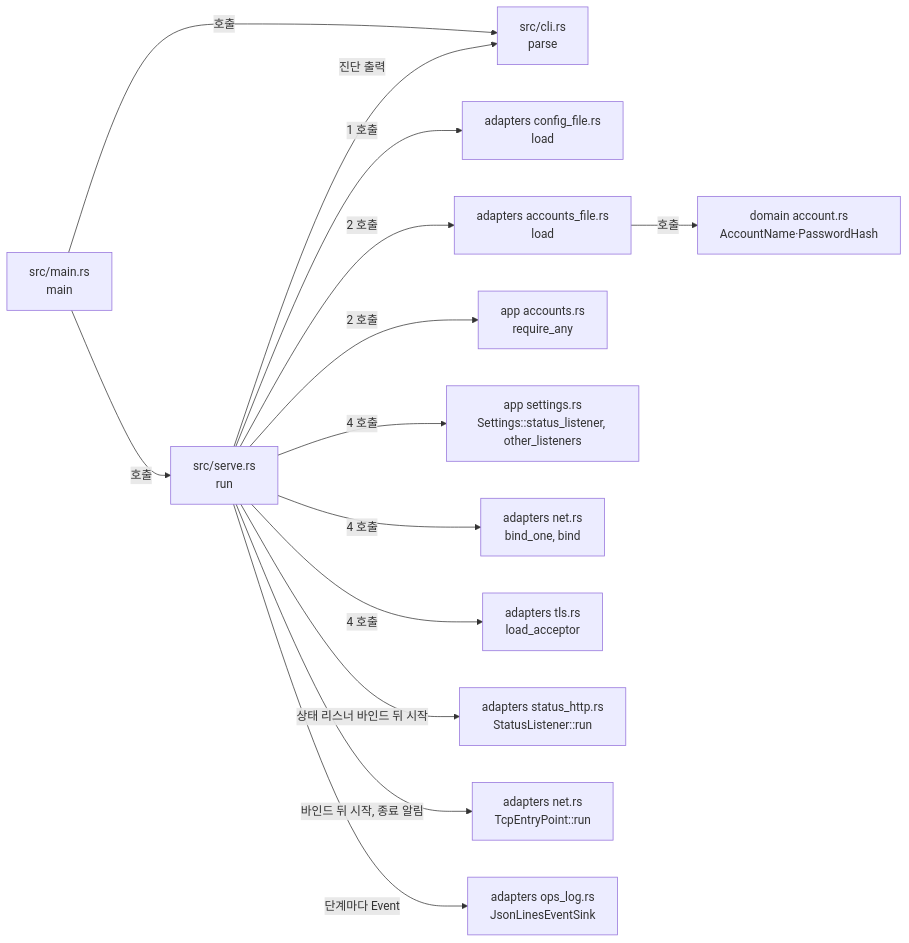
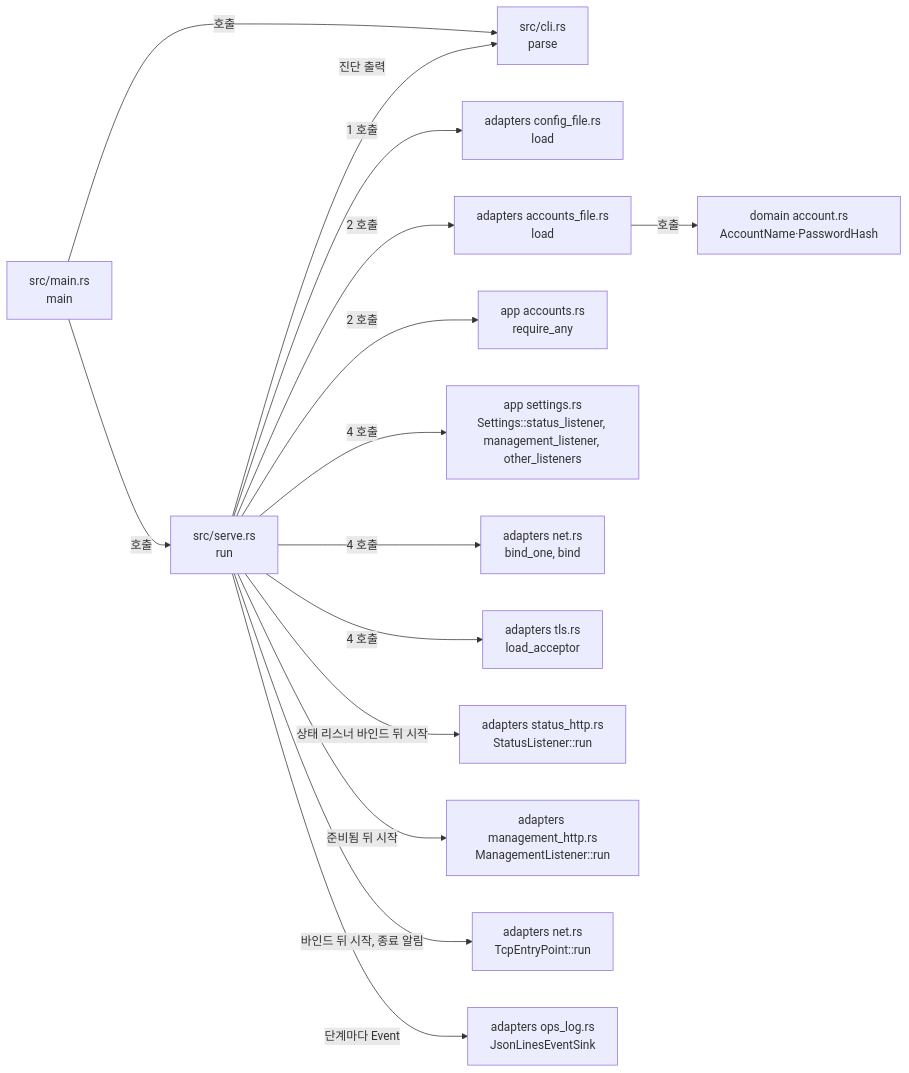
The diagram in docs/architectures/serve-startup.md (kayden-kim/vnc-relay), drawn with Mermaid before and after one commit. The commit also changed other lines of this file and 19 other files, not shown here.

Commit message:
feat(management): add management listener

````diff
--- a/docs/architectures/serve-startup.md
+++ b/docs/architectures/serve-startup.md
@@ -46,16 +46,17 @@
 ```mermaid
 flowchart LR
     MAIN["src/main.rs<br/>main"] -->|"호출"| CLI["src/cli.rs<br/>parse"]
     MAIN -->|"호출"| SERVE["src/serve.rs<br/>run"]
     SERVE -->|"1 호출"| CFG["adapters config_file.rs<br/>load"]
     SERVE -->|"2 호출"| ACC["adapters accounts_file.rs<br/>load"]
     ACC -->|"호출"| DACC["domain account.rs<br/>AccountName·PasswordHash"]
     SERVE -->|"2 호출"| REQ["app accounts.rs<br/>require_any"]
-    SERVE -->|"4 호출"| PLAN["app settings.rs<br/>Settings::status_listener, other_listeners"]
+    SERVE -->|"4 호출"| PLAN["app settings.rs<br/>Settings::status_listener, management_listener, other_listeners"]
     SERVE -->|"4 호출"| NET["adapters net.rs<br/>bind_one, bind"]
     SERVE -->|"4 호출"| TLS["adapters tls.rs<br/>load_acceptor"]
     SERVE -->|"상태 리스너 바인드 뒤 시작"| STATUS["adapters status_http.rs<br/>StatusListener::run"]
+    SERVE -->|"준비됨 뒤 시작"| MGMT["adapters management_http.rs<br/>ManagementListener::run"]
     SERVE -->|"바인드 뒤 시작, 종료 알림"| EP["adapters net.rs<br/>TcpEntryPoint::run"]
     SERVE -->|"단계마다 Event"| LOG["adapters ops_log.rs<br/>JsonLinesEventSink"]
     SERVE -->|"진단 출력"| CLI
 ```
````
